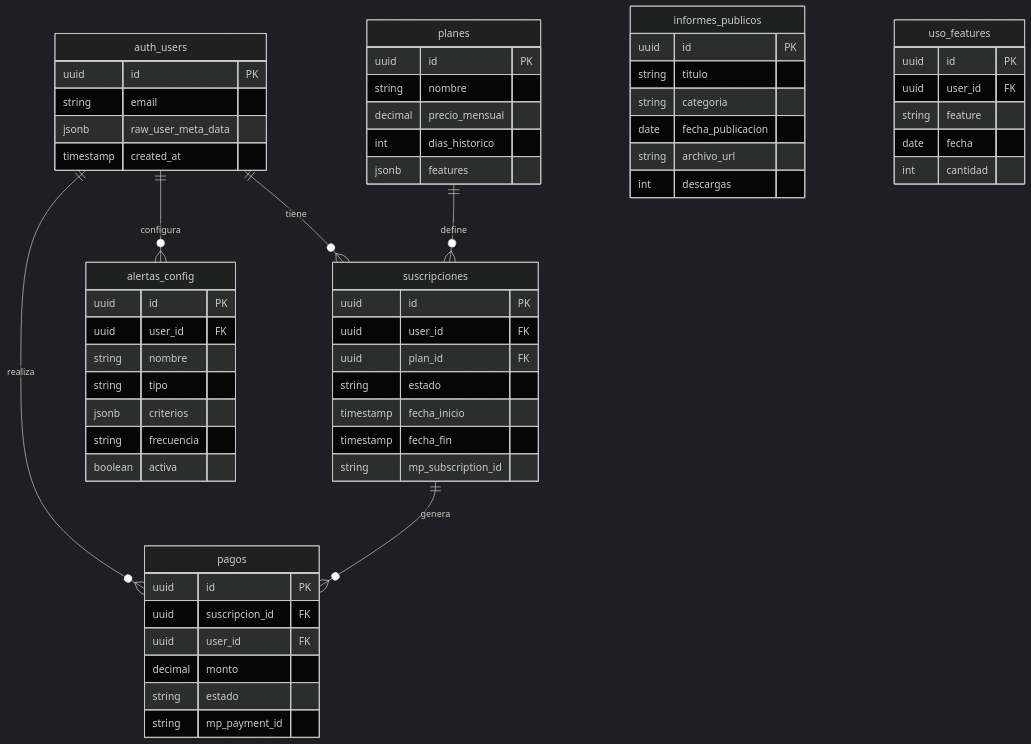
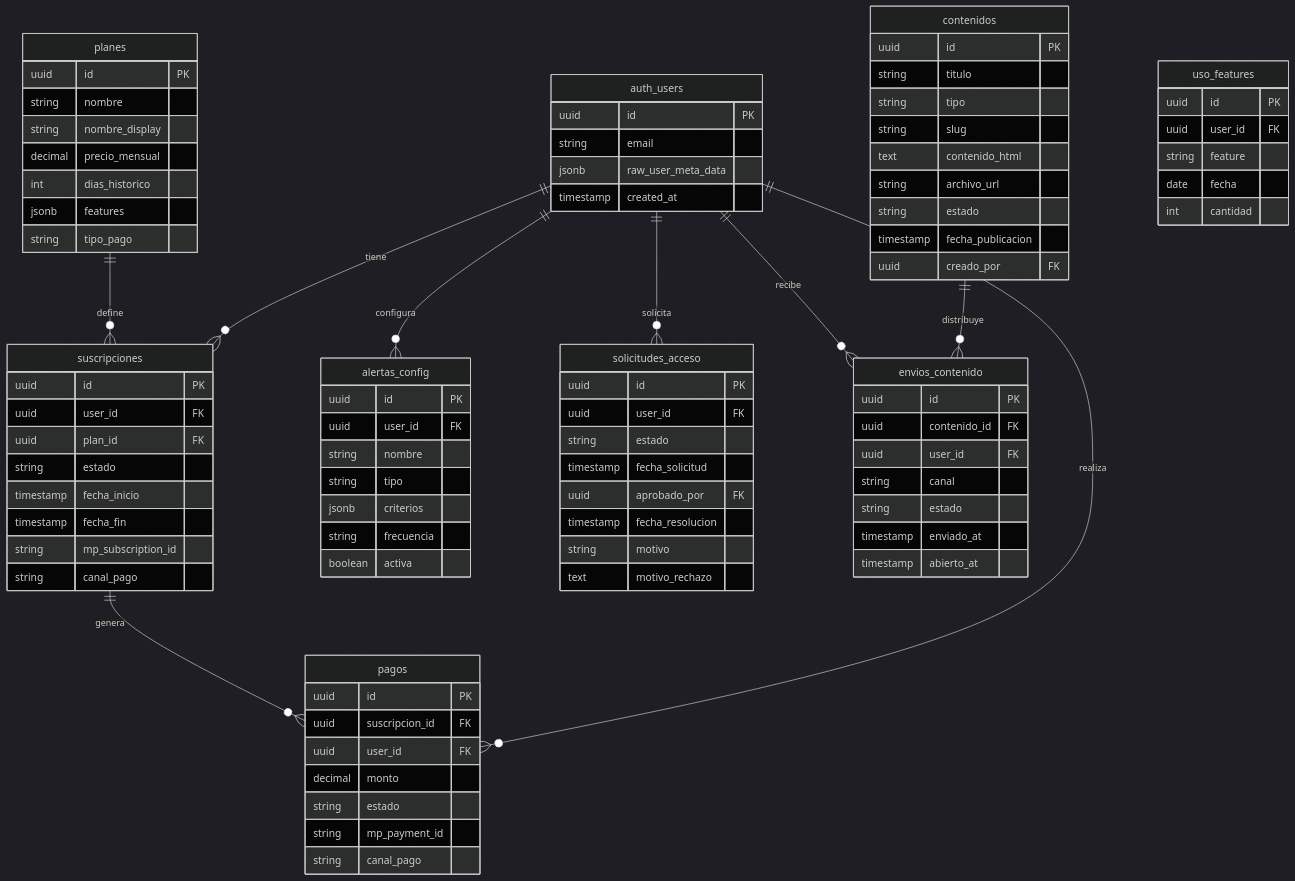
The diagram in docs/plan/04_MODELO_DATOS.md (gbreard/mol), drawn with Mermaid (dark theme) before and after one commit. The commit also changed other lines of this file and 6 other files, not shown here.

```diff
--- a/docs/plan/04_MODELO_DATOS.md
+++ b/docs/plan/04_MODELO_DATOS.md
@@ -27,9 +28,13 @@
     auth_users ||--o{ suscripciones : tiene
     auth_users ||--o{ pagos : realiza
     auth_users ||--o{ alertas_config : configura
+    auth_users ||--o{ solicitudes_acceso : solicita
 
     planes ||--o{ suscripciones : define
     suscripciones ||--o{ pagos : genera
+
+    contenidos ||--o{ envios_contenido : distribuye
+    auth_users ||--o{ envios_contenido : recibe
 
     auth_users {
         uuid id PK
@@ -41,9 +46,11 @@
     planes {
         uuid id PK
         string nombre
+        string nombre_display
         decimal precio_mensual
         int dias_historico
         jsonb features
+        string tipo_pago
     }
 
     suscripciones {
@@ -54,6 +61,18 @@
         timestamp fecha_inicio
         timestamp fecha_fin
         string mp_subscription_id
+        string canal_pago
+    }
+
+    solicitudes_acceso {
+        uuid id PK
+        uuid user_id FK
+        string estado
+        timestamp fecha_solicitud
+        uuid aprobado_por FK
+        timestamp fecha_resolucion
+        string motivo
+        text motivo_rechazo
     }
 
     pagos {
@@ -63,6 +82,29 @@
         decimal monto
         string estado
         string mp_payment_id
+        string canal_pago
+    }
+
+    contenidos {
+        uuid id PK
+        string titulo
+        string tipo
+        string slug
+        text contenido_html
+        string archivo_url
+        string estado
+        timestamp fecha_publicacion
+        uuid creado_por FK
+    }
+
+    envios_contenido {
+        uuid id PK
+        uuid contenido_id FK
+        uuid user_id FK
+        string canal
+        string estado
+        timestamp enviado_at
+        timestamp abierto_at
     }
 
     alertas_config {
@@ -75,15 +117,6 @@
         boolean activa
     }
 
-    informes_publicos {
-        uuid id PK
-        string titulo
-        string categoria
-        date fecha_publicacion
-        string archivo_url
-        int descargas
-    }
-
     uso_features {
         uuid id PK
         uuid user_id FK
```
